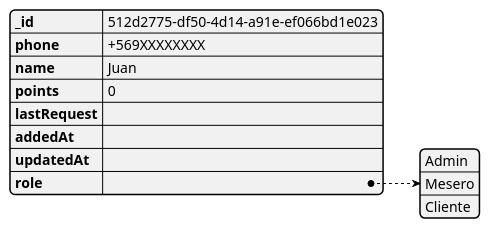
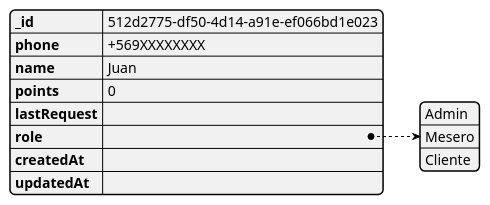
Before and after one commit to icc-dev/vc-project-architecture: the diagram in plantuml/jsons/user.puml, drawn with PlantUML.

```diff
--- a/plantuml/jsons/user.puml
+++ b/plantuml/jsons/user.puml
@@ -1,12 +1,12 @@
 @startjson
 {
 "_id":"512d2775-df50-4d14-a91e-ef066bd1e023",
 "phone": "+569XXXXXXXX",
 "name": "Juan",
 "points": 0,
 "lastRequest": "",
-"addedAt": "",
-"updatedAt": "",
-"role": ["Admin", "Mesero", "Cliente"]
+"role": ["Admin", "Mesero", "Cliente"],
+"createdAt": "",
+"updatedAt": ""
 }
 @endjson
```
